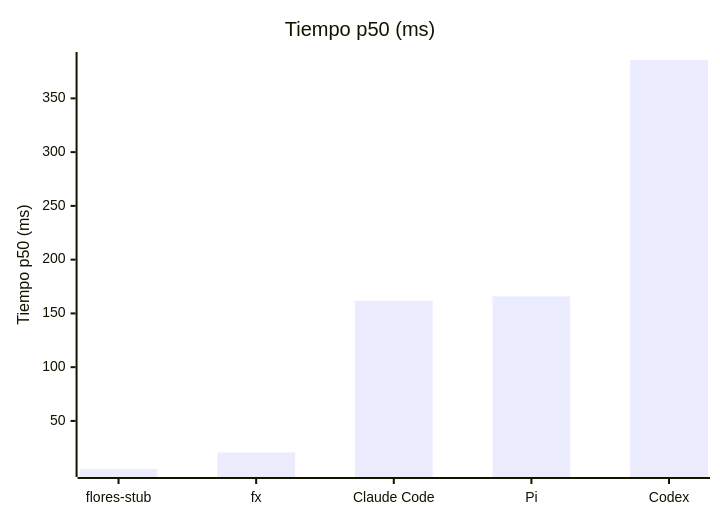
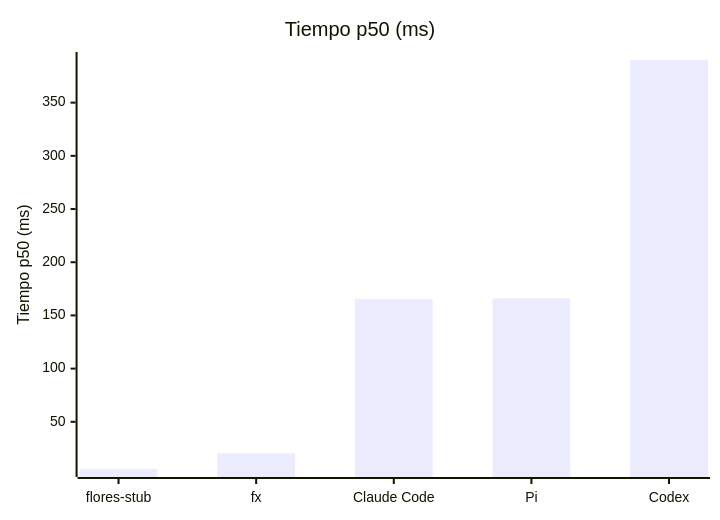
One commit to sfloresone/flores changed the first of 3 diagrams in benchmarks/published/README.md. Above: the diagram before and after it, drawn with Mermaid. The commit also changed other lines of this file and 4 other files, not shown here.

````diff
--- a/benchmarks/published/README.md
+++ b/benchmarks/published/README.md
@@ -23,7 +23,7 @@
 ```mermaid
 xychart-beta
     title "Tiempo p50 (ms)"
     x-axis ["flores-stub", "fx", "Claude Code", "Pi", "Codex"]
     y-axis "Tiempo p50 (ms)"
-    bar [5.30, 20.76, 161.73, 165.82, 385.68]
+    bar [5.63, 20.29, 165.55, 166.11, 390.09]
 ```
````
